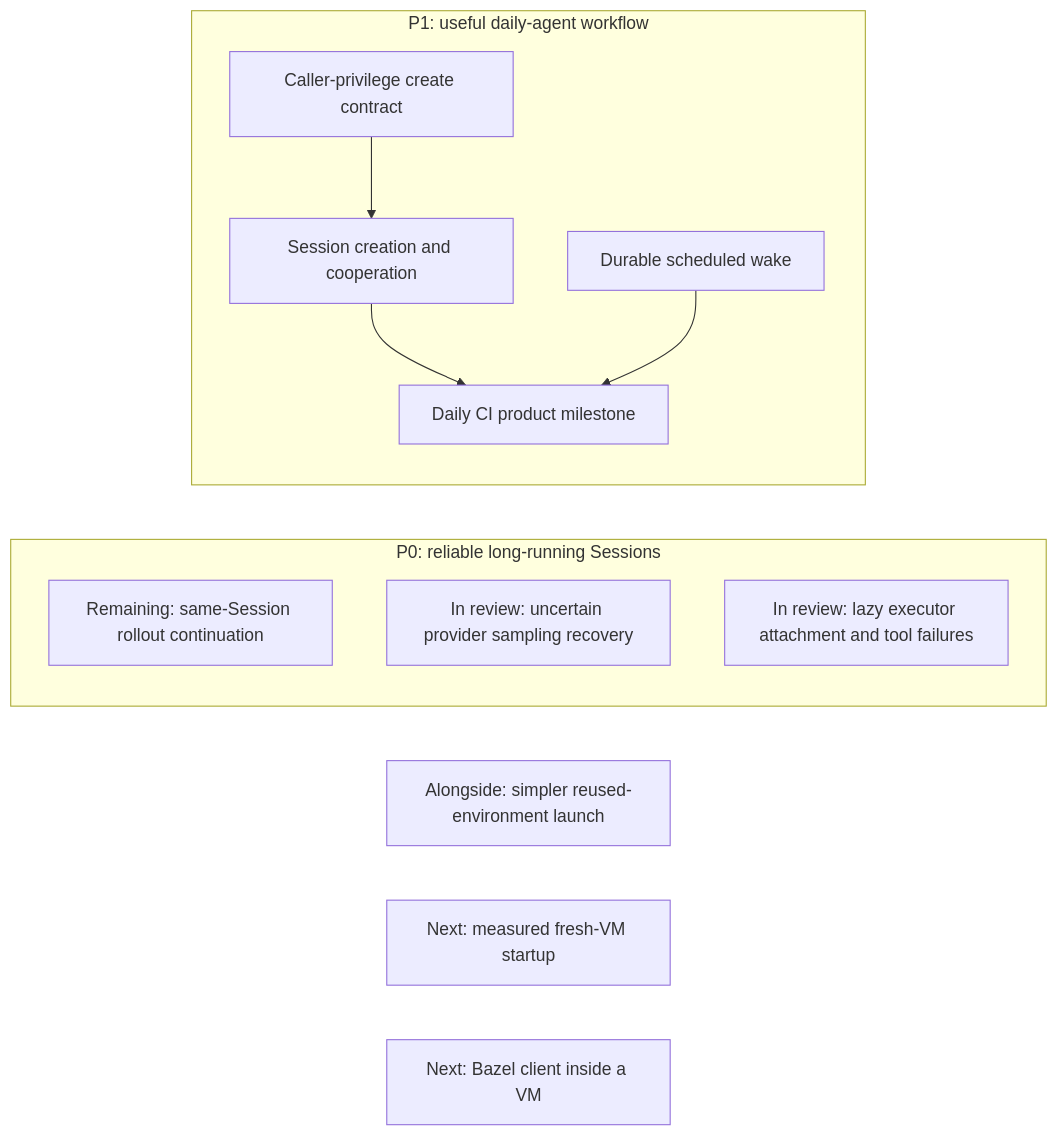
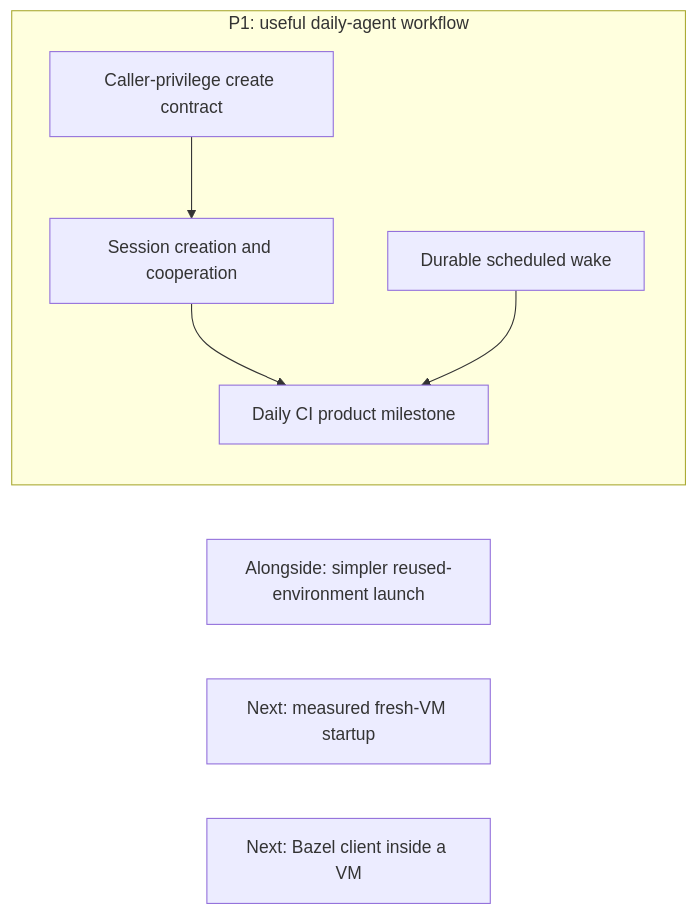
The first of 18 diagrams in agentplane/plans/task_dag.md (agentydragon/ducktape), drawn with Mermaid before and after one commit. The commit also changed other lines of this file and 4 other files, not shown here.

````diff
--- a/agentplane/plans/task_dag.md
+++ b/agentplane/plans/task_dag.md
@@ -152,16 +144,11 @@
 ```mermaid
 flowchart LR
-    subgraph PRIORITY_ZERO[P0: reliable long-running Sessions]
-        CENTRAL_SAMPLER_REPLICA_ROLLOUT[Remaining: same-Session rollout continuation]
-        CENTRAL_SAMPLER_SAMPLING_RECOVERY[In review: uncertain provider sampling recovery]
-        CENTRAL_SAMPLER_TOOL_RECOVERY[In review: lazy executor attachment and tool failures]
-    end
     subgraph PRIORITY_ONE[P1: useful daily-agent workflow]
         THREAD_CREATE_POLICY[Caller-privilege create contract] --> THREAD_CREATE_AUTHORIZATION[Session creation and cooperation]
         THREAD_CREATE_AUTHORIZATION --> DAILY_CI_AGENT[Daily CI product milestone]
         SCHEDULED_AGENT_WAKE[Durable scheduled wake] --> DAILY_CI_AGENT
     end
     SESSION_LAUNCH_FRICTION[Alongside: simpler reused-environment launch]
     VM_STARTUP_LATENCY[Next: measured fresh-VM startup]
     LOCAL_BAZEL[Next: Bazel client inside a VM]
 ```
````
